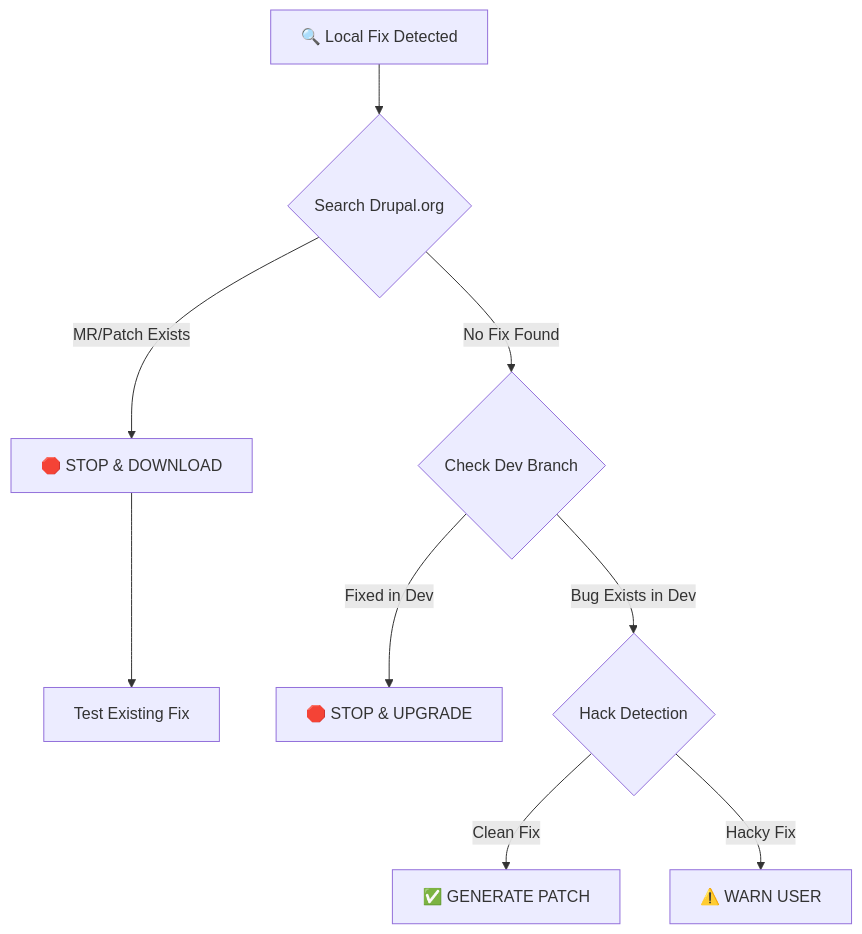
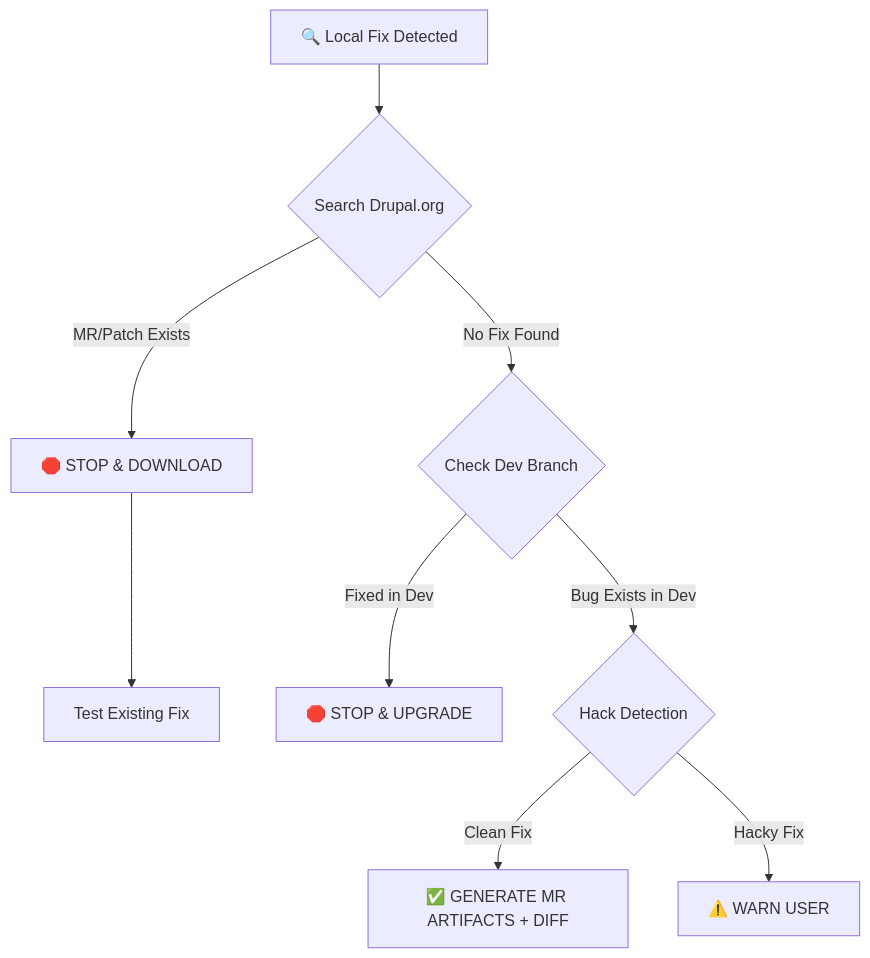
One commit to scottfalconer/drupal-contribute-fix changed the diagram in README.md. Above: the diagram before and after it, drawn with Mermaid. The commit also changed other lines of this file and 9 other files, not shown here.

````diff
--- a/README.md
+++ b/README.md
@@ -79,11 +80,11 @@
 ```mermaid
 graph TD
     A[🔍 Local Fix Detected] --> B{Search Drupal.org}
     B -- MR/Patch Exists --> C[🛑 STOP & DOWNLOAD]
     C --> D[Test Existing Fix]
     B -- No Fix Found --> E{Check Dev Branch}
     E -- Fixed in Dev --> F[🛑 STOP & UPGRADE]
     E -- Bug Exists in Dev --> H{Hack Detection}
-    H -- Clean Fix --> I[✅ GENERATE PATCH]
+    H -- Clean Fix --> I[✅ GENERATE MR ARTIFACTS + DIFF]
     H -- Hacky Fix --> K[⚠️ WARN USER]
 ```
````
